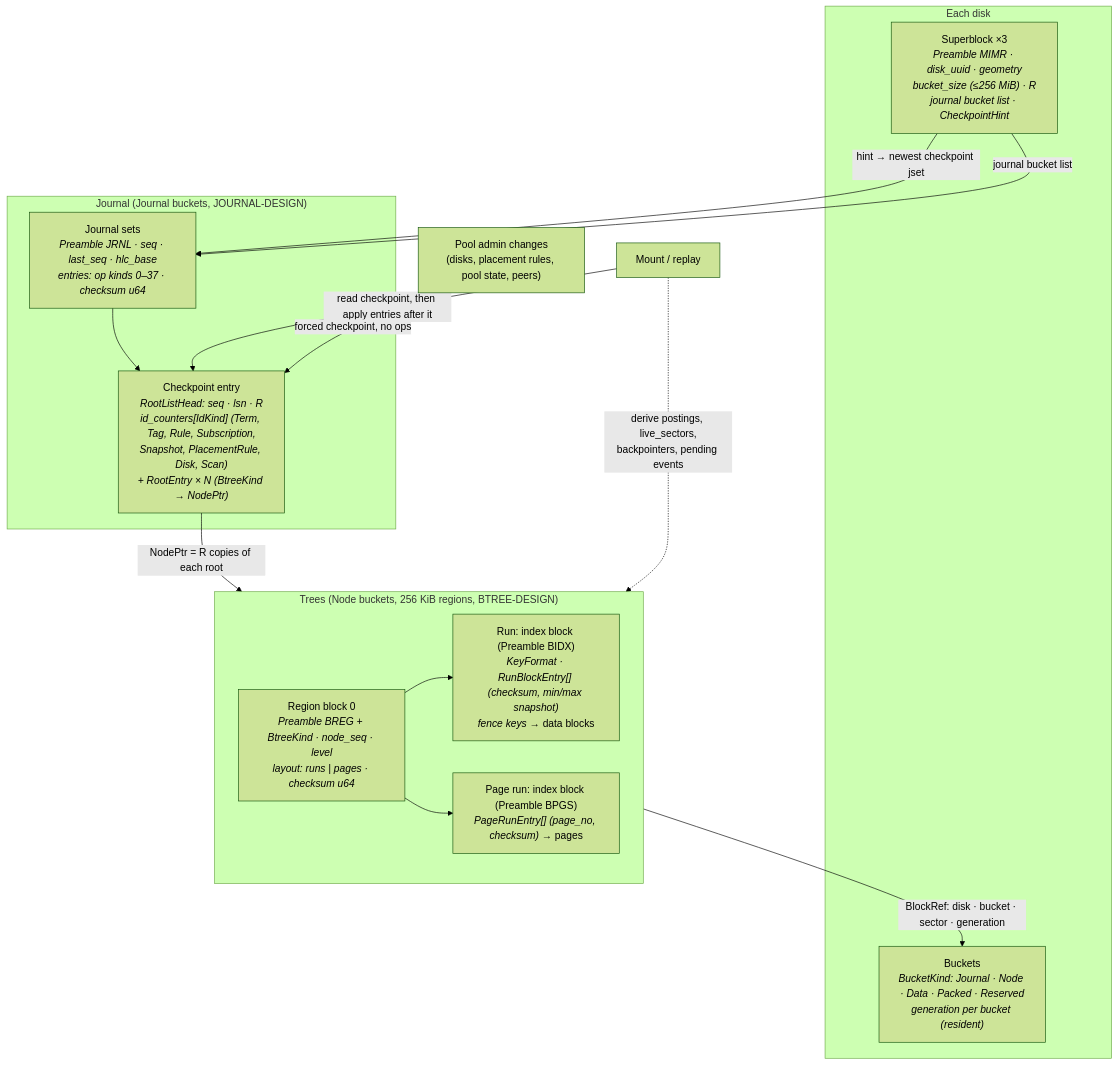
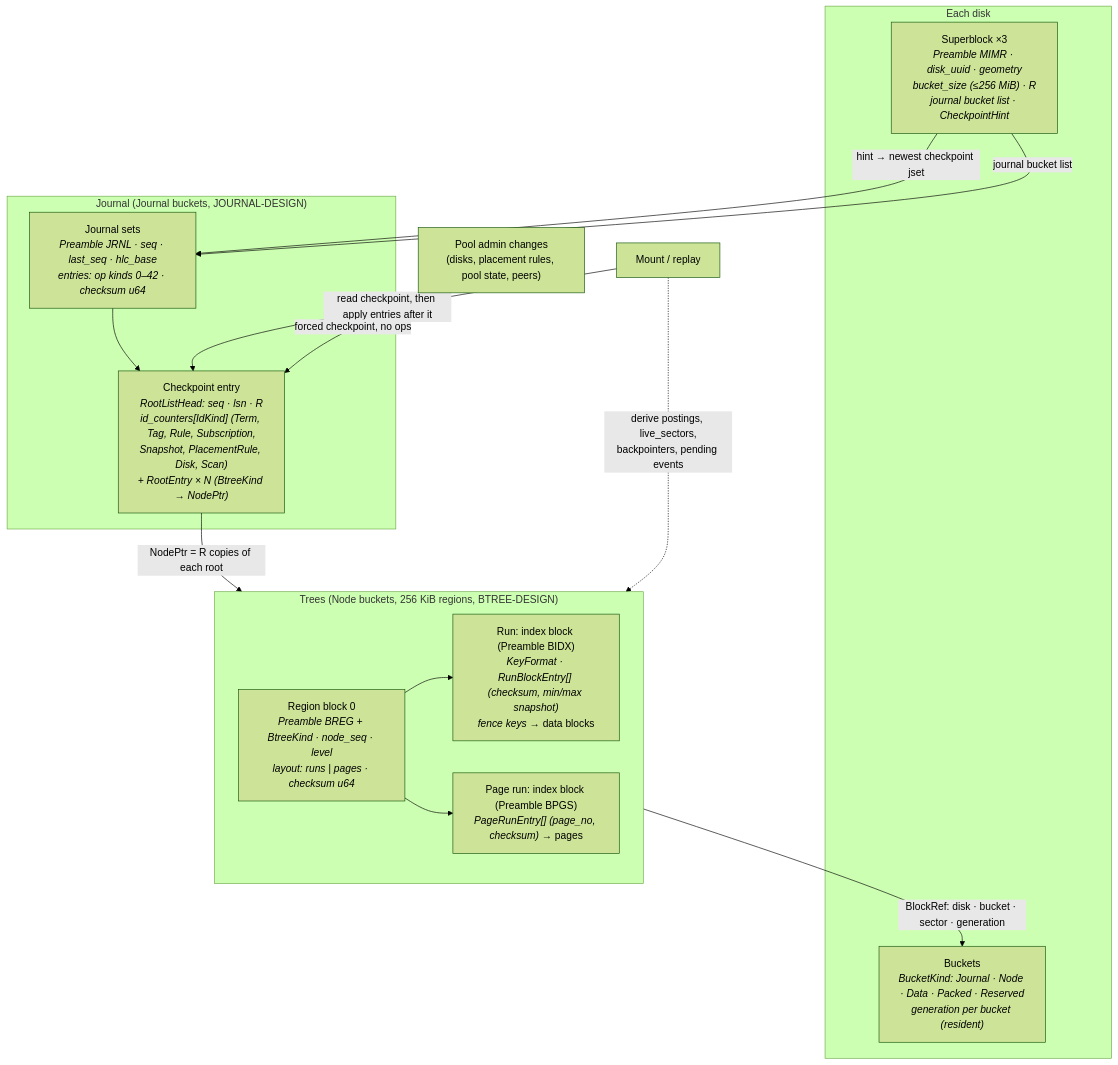
The first of 2 diagrams in doc/agentic/specification-design.md (metta-systems/mimisbrunnr), drawn with Mermaid (forest theme) before and after one commit. The commit also changed 8 other files, not shown here.

````diff
--- a/doc/agentic/specification-design.md
+++ b/doc/agentic/specification-design.md
@@ -1483,31 +1483,31 @@
 ```mermaid
 flowchart TB
     subgraph Disk["Each disk"]
         SB["Superblock ×3<br/><i>Preamble MIMR · disk_uuid · geometry<br/>bucket_size (≤256 MiB) · R<br/>journal bucket list · CheckpointHint</i>"]
         Buckets["Buckets<br/><i>BucketKind: Journal · Node · Data · Packed · Reserved<br/>generation per bucket (resident)</i>"]
     end
 
     subgraph Journal["Journal (Journal buckets, JOURNAL-DESIGN)"]
-        JSET["Journal sets<br/><i>Preamble JRNL · seq · last_seq · hlc_base<br/>entries: op kinds 0–37 · checksum u64</i>"]
+        JSET["Journal sets<br/><i>Preamble JRNL · seq · last_seq · hlc_base<br/>entries: op kinds 0–42 · checksum u64</i>"]
         CKPT["Checkpoint entry<br/><i>RootListHead: seq · lsn · R<br/>id_counters[IdKind] (Term, Tag, Rule, Subscription,<br/>Snapshot, PlacementRule, Disk, Scan)<br/>+ RootEntry × N (BtreeKind → NodePtr)</i>"]
         JSET --> CKPT
     end
 
     SB -->|"hint → newest checkpoint jset"| JSET
     SB -->|"journal bucket list"| JSET
     CKPT -->|"NodePtr = R copies of each root"| Trees
 
     subgraph Trees["Trees (Node buckets, 256 KiB regions, BTREE-DESIGN)"]
         REG["Region block 0<br/><i>Preamble BREG + BtreeKind · node_seq · level<br/>layout: runs | pages · checksum u64</i>"]
         RUN["Run: index block (Preamble BIDX)<br/><i>KeyFormat · RunBlockEntry[] (checksum, min/max snapshot)<br/>fence keys</i> → data blocks"]
         PG["Page run: index block (Preamble BPGS)<br/><i>PageRunEntry[] (page_no, checksum)</i> → pages"]
         REG --> RUN
         REG --> PG
     end
 
     Trees -->|"BlockRef: disk · bucket · sector · generation"| Buckets
     Replay["Mount / replay"] -->|"read checkpoint, then apply entries after it"| CKPT
     Replay -.->|"derive postings, live_sectors,<br/>backpointers, pending events"| Trees
 
     ADMIN["Pool admin changes<br/>(disks, placement rules, pool state, peers)"] -->|"forced checkpoint, no ops"| CKPT
 ```
````
